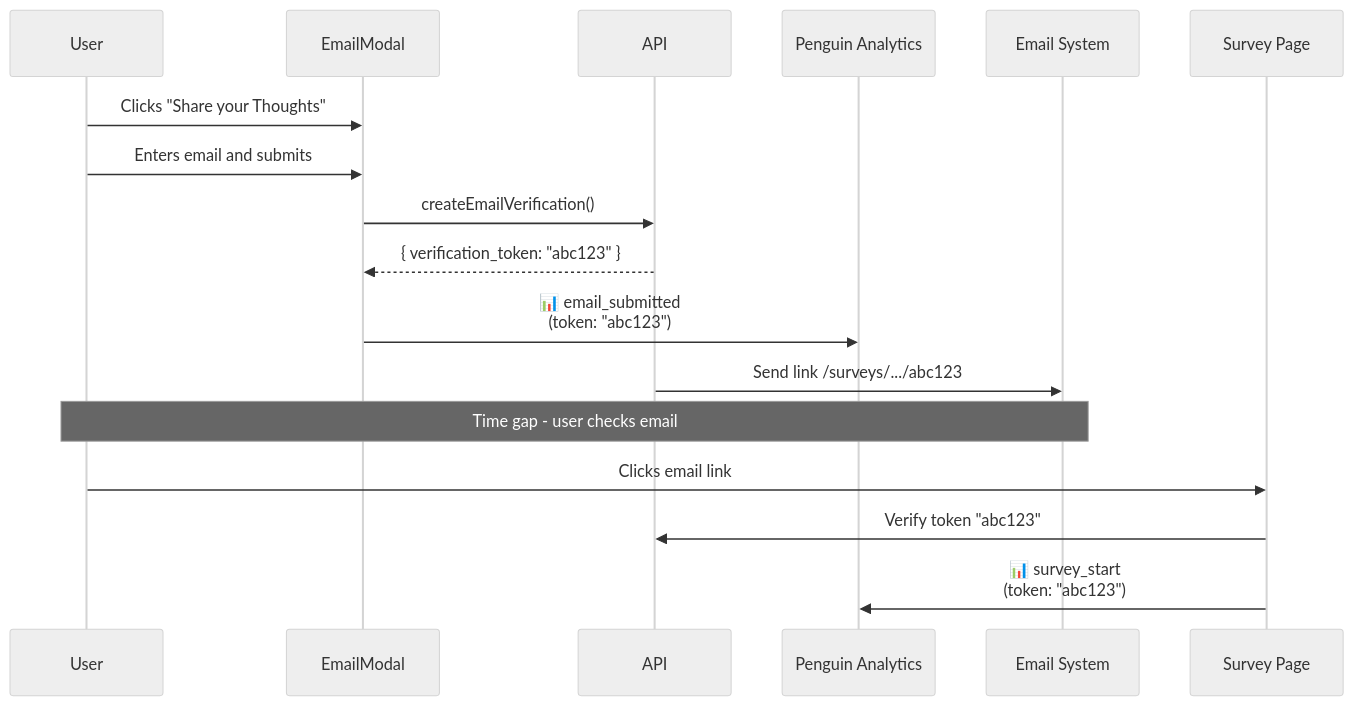
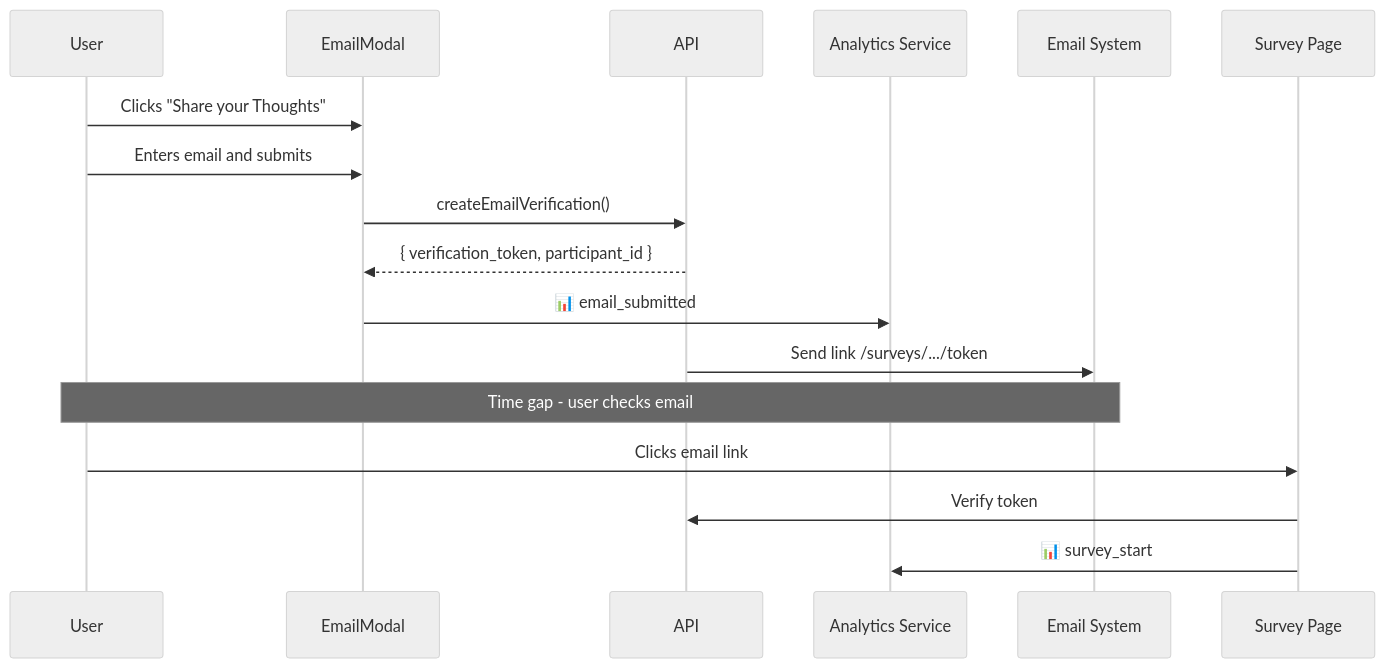
Before and after one commit to bcgov/epic-engage: the third of 9 diagrams in docs/Analytics_Metrics_Tracker.md, drawn with Mermaid (neutral theme). The commit also changed other lines of this file and 6 other files, not shown here.

First line of the commit message:
feat: add analytics tracking for email and survey flow metrics

````diff
--- a/docs/Analytics_Metrics_Tracker.md
+++ b/docs/Analytics_Metrics_Tracker.md
@@ -15,22 +87,22 @@
 ```mermaid
 sequenceDiagram
     participant User
     participant EmailModal
     participant API
-    participant Analytics as Penguin Analytics
+    participant Analytics as Analytics Service
     participant Email as Email System
     participant Survey as Survey Page
     
     User->>EmailModal: Clicks "Share your Thoughts"
     User->>EmailModal: Enters email and submits
     EmailModal->>API: createEmailVerification()
-    API-->>EmailModal: { verification_token: "abc123" }
-    EmailModal->>Analytics: 📊 email_submitted<br/>(token: "abc123")
-    API->>Email: Send link /surveys/.../abc123
+    API-->>EmailModal: { verification_token, participant_id }
+    EmailModal->>Analytics: 📊 email_submitted
+    API->>Email: Send link /surveys/.../token
     
     Note over User,Email: Time gap - user checks email
     
     User->>Survey: Clicks email link
-    Survey->>API: Verify token "abc123"
-    Survey->>Analytics: 📊 survey_start<br/>(token: "abc123")
+    Survey->>API: Verify token
+    Survey->>Analytics: 📊 survey_start
 ```
````
